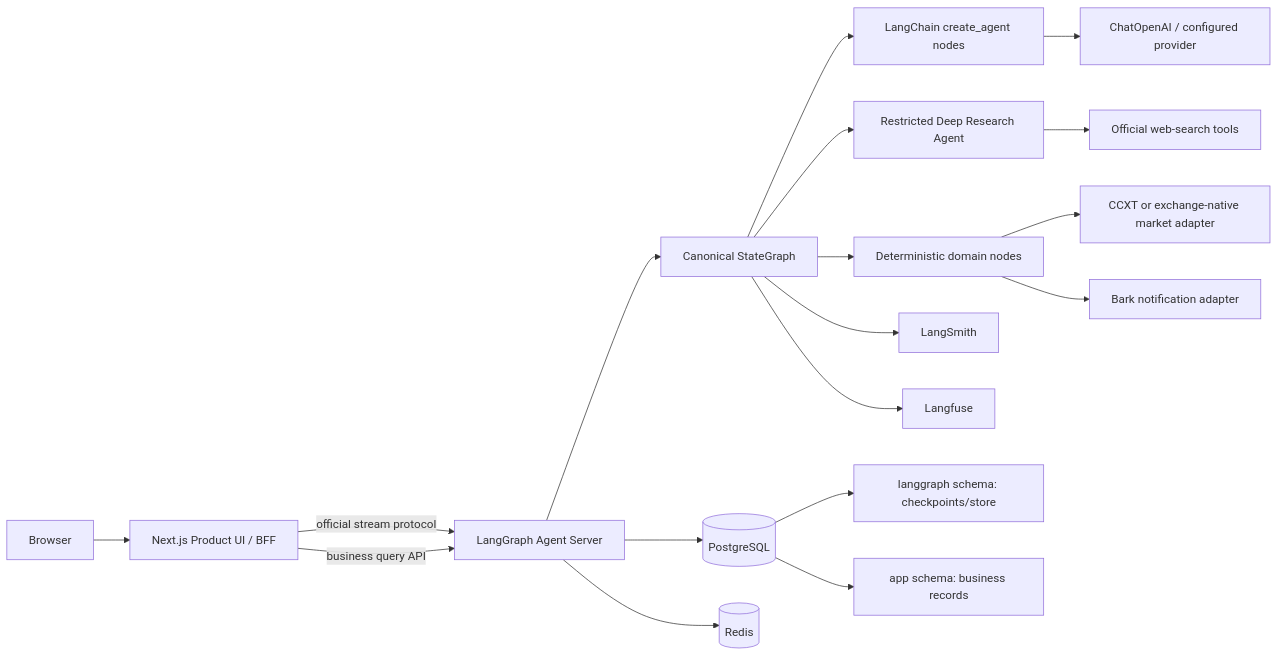
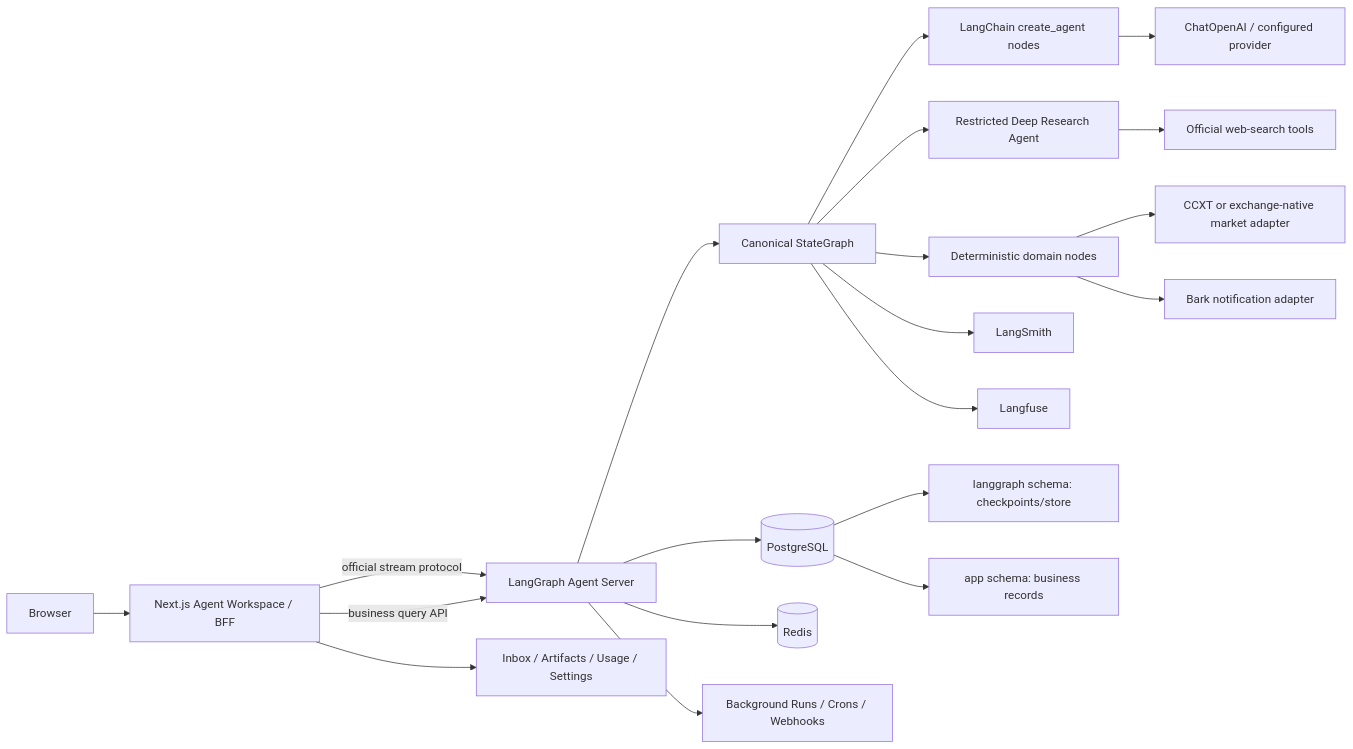
The diagram in docs/v2/01-v2-product-and-architecture.md (luguochang/crypto-manual-alert), drawn with Mermaid before and after one commit. The commit also changed other lines of this file and 8 other files, not shown here.

Commit message:
docs: expand v2 commercial agent architecture

````diff
--- a/docs/v2/01-v2-product-and-architecture.md
+++ b/docs/v2/01-v2-product-and-architecture.md
@@ -180,24 +221,27 @@
 ```mermaid
 flowchart LR
-    U["Browser"] --> N["Next.js Product UI / BFF"]
+    U["Browser"] --> N["Next.js Agent Workspace / BFF"]
     N -->|"official stream protocol"| S["LangGraph Agent Server"]
     N -->|"business query API"| S
 
     S --> G["Canonical StateGraph"]
     G --> LC["LangChain create_agent nodes"]
     G --> DA["Restricted Deep Research Agent"]
     G --> DT["Deterministic domain nodes"]
 
     LC --> M["ChatOpenAI / configured provider"]
     DA --> W["Official web-search tools"]
     DT --> X["CCXT or exchange-native market adapter"]
     DT --> B["Bark notification adapter"]
 
     S --> PG[("PostgreSQL")]
     PG --> CP["langgraph schema: checkpoints/store"]
     PG --> APP["app schema: business records"]
     S --> R[("Redis")]
 
+    S --> Q["Background Runs / Crons / Webhooks"]
+    N --> P["Inbox / Artifacts / Usage / Settings"]
+
     G --> LS["LangSmith"]
     G --> LF["Langfuse"]
 ```
````
